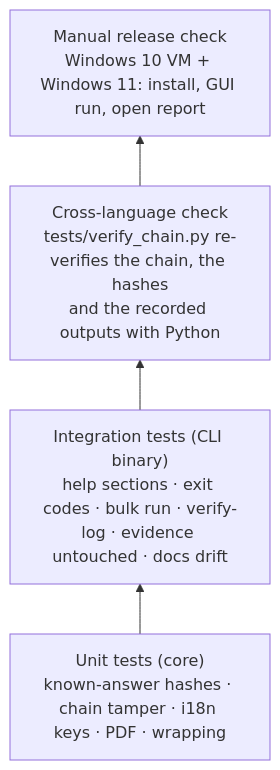
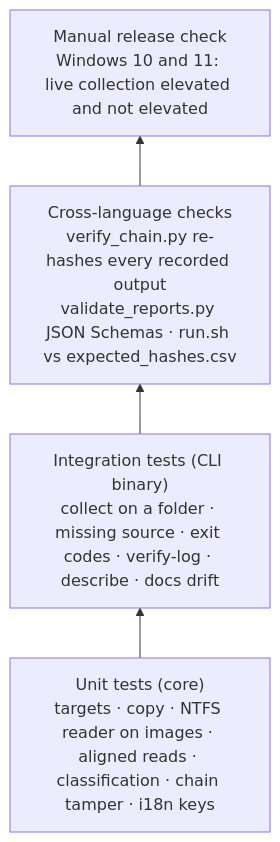
One commit to Panacota96/rv-triage changed the second of 3 diagrams in docs/development.md. Above: the diagram before and after it, drawn with Mermaid. The commit also changed other lines of this file and 85 other files, not shown here.

First line of the commit message:
feat: RV Triage v0.1 — live Windows collection (#6)

````diff
--- a/docs/development.md
+++ b/docs/development.md
@@ -19,7 +86,7 @@
 ```mermaid
 flowchart BT
-    U["Unit tests (core)<br/>known-answer hashes · chain tamper · i18n keys · PDF · wrapping"] --> I
-    I["Integration tests (CLI binary)<br/>help sections · exit codes · bulk run · verify-log · evidence untouched · docs drift"] --> X
-    X["Cross-language check<br/>tests/verify_chain.py re-verifies the chain, the hashes<br/>and the recorded outputs with Python"] --> M
-    M["Manual release check<br/>Windows 10 VM + Windows 11: install, GUI run, open report"]
+    U["Unit tests (core)<br/>targets · copy · NTFS reader on images · aligned reads · classification · chain tamper · i18n keys"] --> I
+    I["Integration tests (CLI binary)<br/>collect on a folder · missing source · exit codes · verify-log · describe · docs drift"] --> X
+    X["Cross-language checks<br/>verify_chain.py re-hashes every recorded output<br/>validate_reports.py JSON Schemas · run.sh vs expected_hashes.csv"] --> M
+    M["Manual release check<br/>Windows 10 and 11: live collection elevated and not elevated"]
 ```
````
